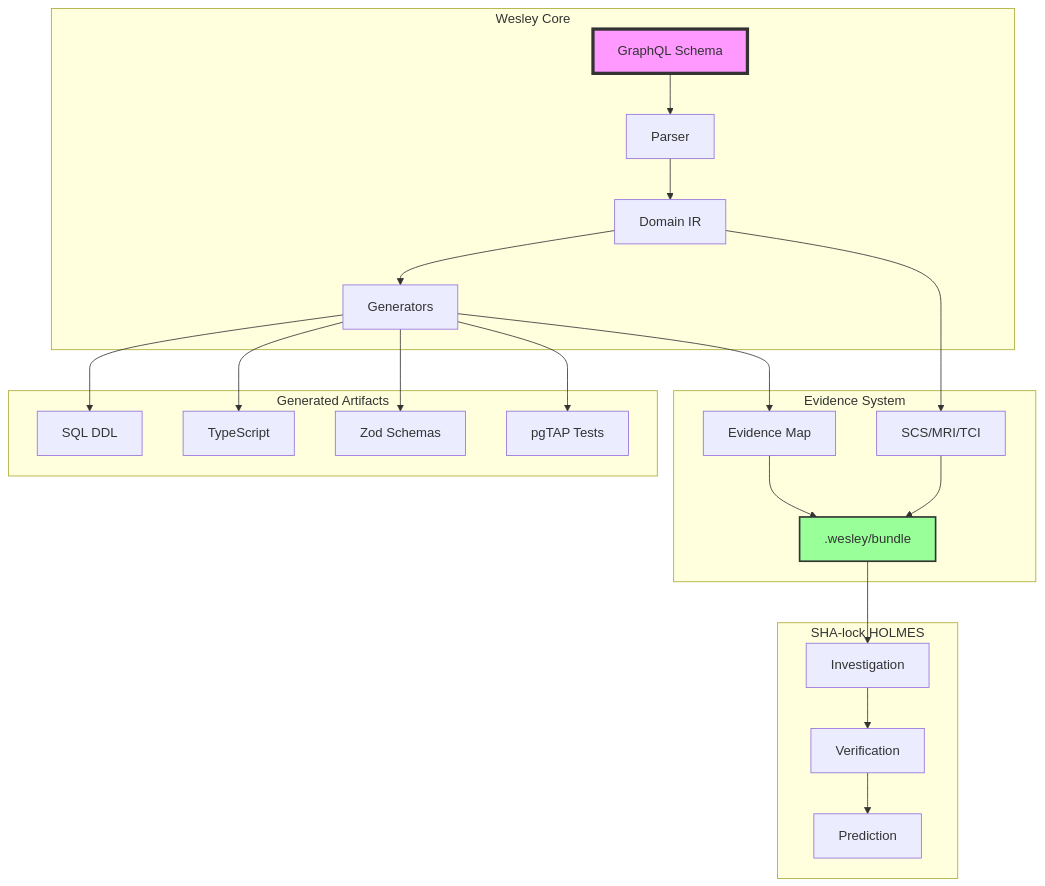
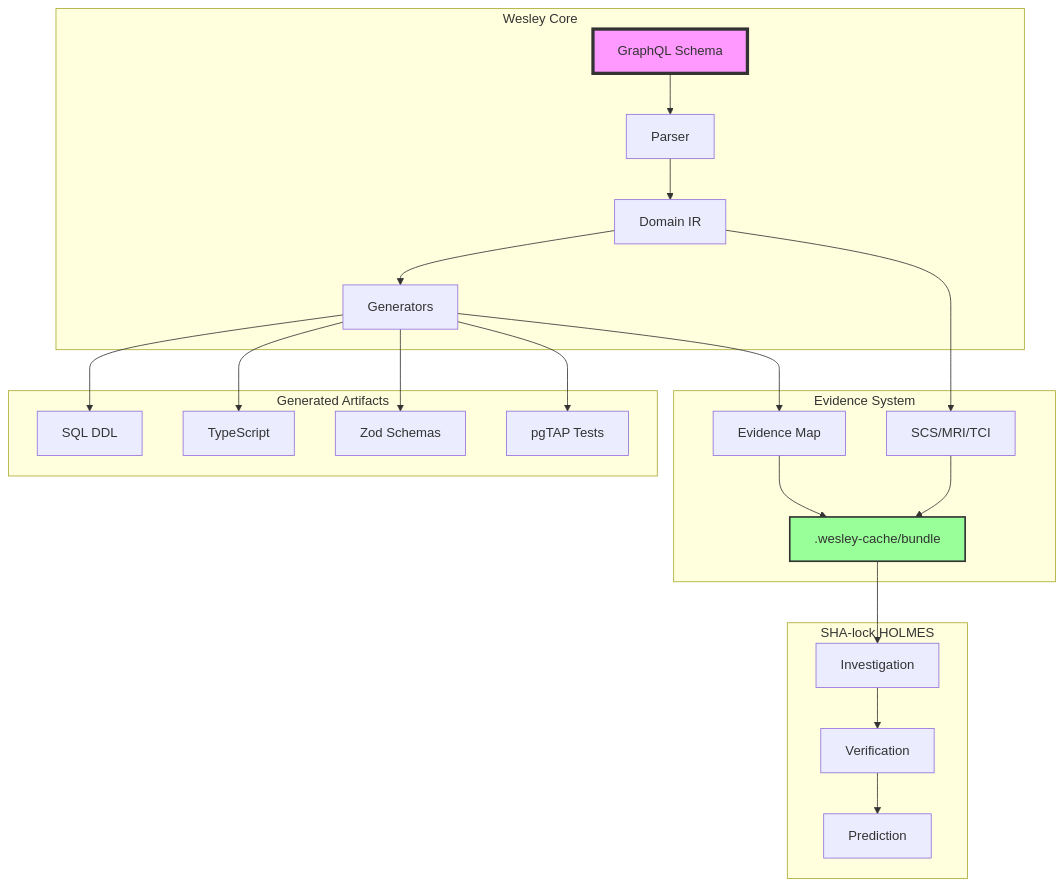
One commit to flyingrobots/wesley changed the diagram in docs/architecture/holmes-integration.md. Above: the diagram before and after it, drawn with Mermaid. The commit also changed other lines of this file and 23 other files, not shown here.

````diff
--- a/docs/architecture/holmes-integration.md
+++ b/docs/architecture/holmes-integration.md
@@ -9,38 +9,38 @@
 ```mermaid
 graph TB
     subgraph "Wesley Core"
         Schema[GraphQL Schema]
         Parser[Parser]
         IR[Domain IR]
         Generators[Generators]
     end
     
     subgraph "Generated Artifacts"
         SQL[SQL DDL]
         Types[TypeScript]
         Zod[Zod Schemas]
         Tests[pgTAP Tests]
     end
     
     subgraph "Evidence System"
         EvidenceMap[Evidence Map]
         Scores[SCS/MRI/TCI]
-        Bundle[.wesley/bundle]
+        Bundle[.wesley-cache/bundle]
     end
     
     subgraph "SHA-lock HOLMES"
         Holmes[Investigation]
         Watson[Verification]
         Moriarty[Prediction]
     end
     
     Schema --> Parser --> IR --> Generators
     Generators --> SQL & Types & Zod & Tests
     Generators --> EvidenceMap
     IR --> Scores
     EvidenceMap & Scores --> Bundle
     Bundle --> Holmes --> Watson --> Moriarty
     
     style Schema fill:#f9f,stroke:#333,stroke-width:4px
     style Bundle fill:#9f9,stroke:#333,stroke-width:2px
 ```
````
